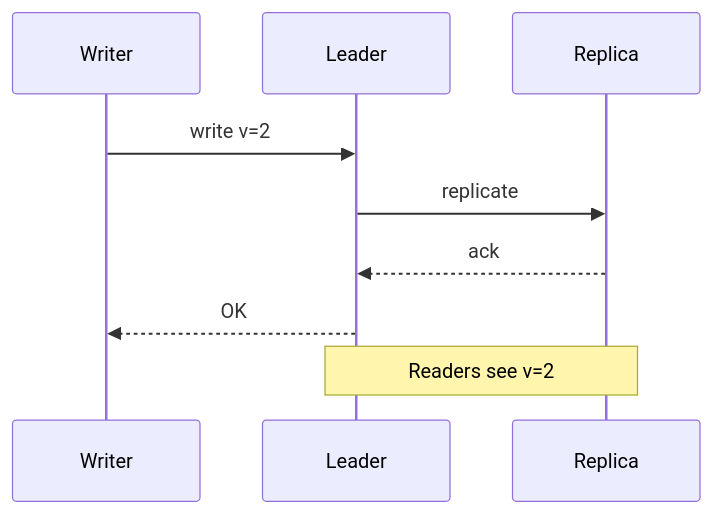
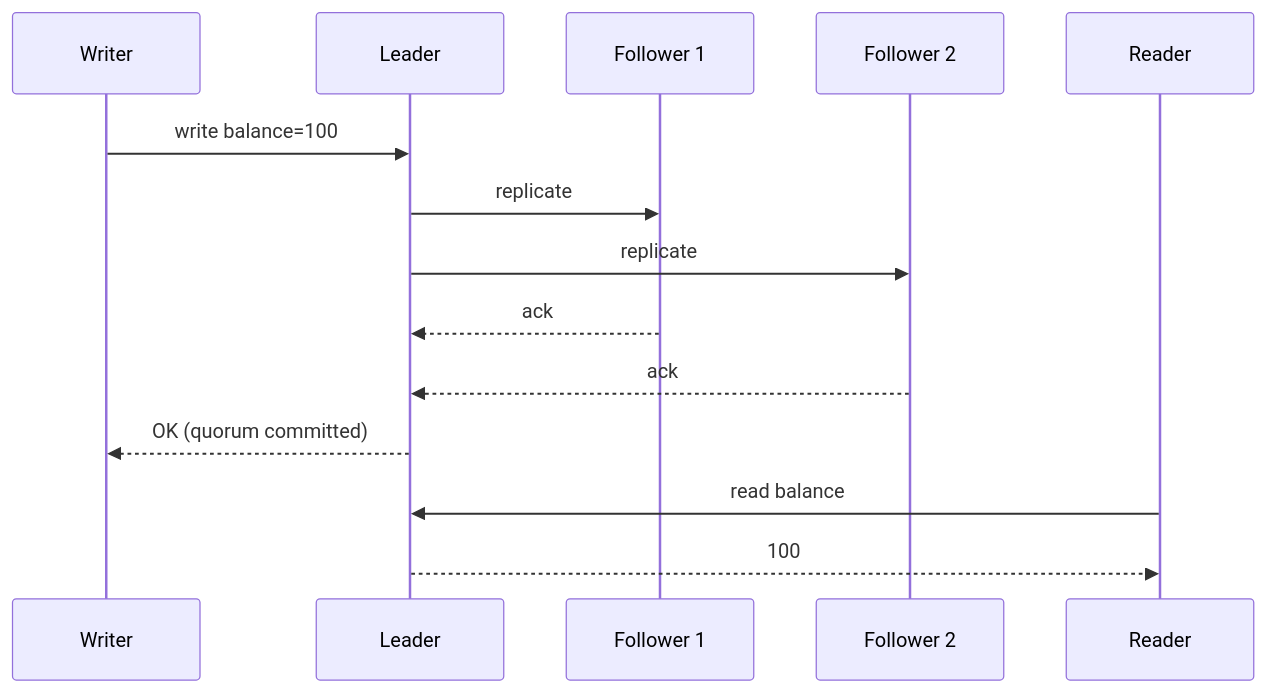
Before and after one commit to hareramcse/SystemDesign: diagram 18 of 27 in 04-distributed-system/README.md, drawn with Mermaid. The commit also changed other lines of this file and 14 other files, not shown here.

````diff
--- a/04-distributed-system/README.md
+++ b/04-distributed-system/README.md
@@ -894,11 +1281,16 @@
 ```mermaid
 sequenceDiagram
     participant W as Writer
     participant L as Leader
-    participant R as Replica
-    W->>L: write v=2
-    L->>R: replicate
-    R-->>L: ack
-    L-->>W: OK
-    Note over L,R: Readers see v=2
+    participant F1 as Follower 1
+    participant F2 as Follower 2
+    participant R as Reader
+    W->>L: write balance=100
+    L->>F1: replicate
+    L->>F2: replicate
+    F1-->>L: ack
+    F2-->>L: ack
+    L-->>W: OK (quorum committed)
+    R->>L: read balance
+    L-->>R: 100
 ```
````
